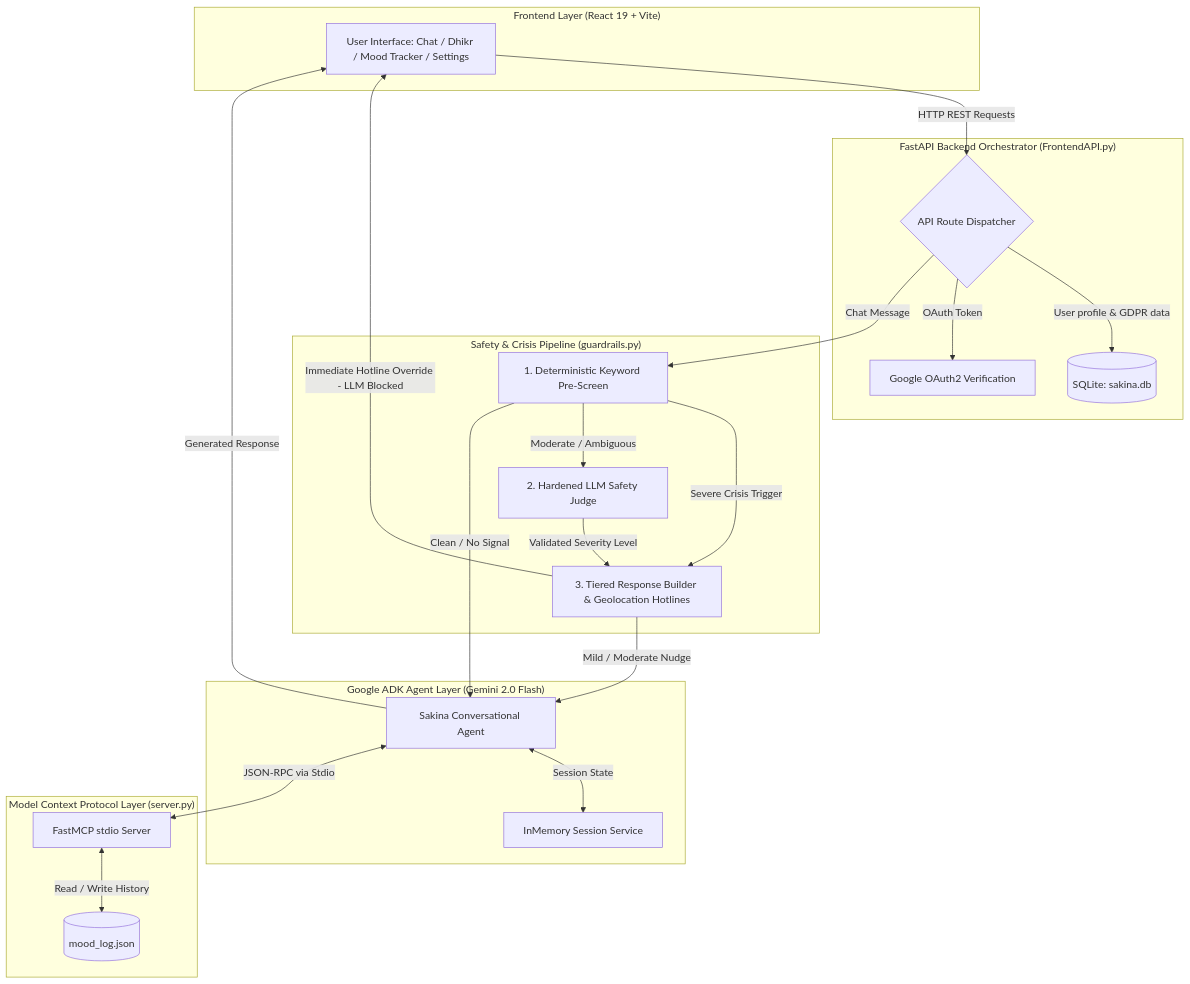
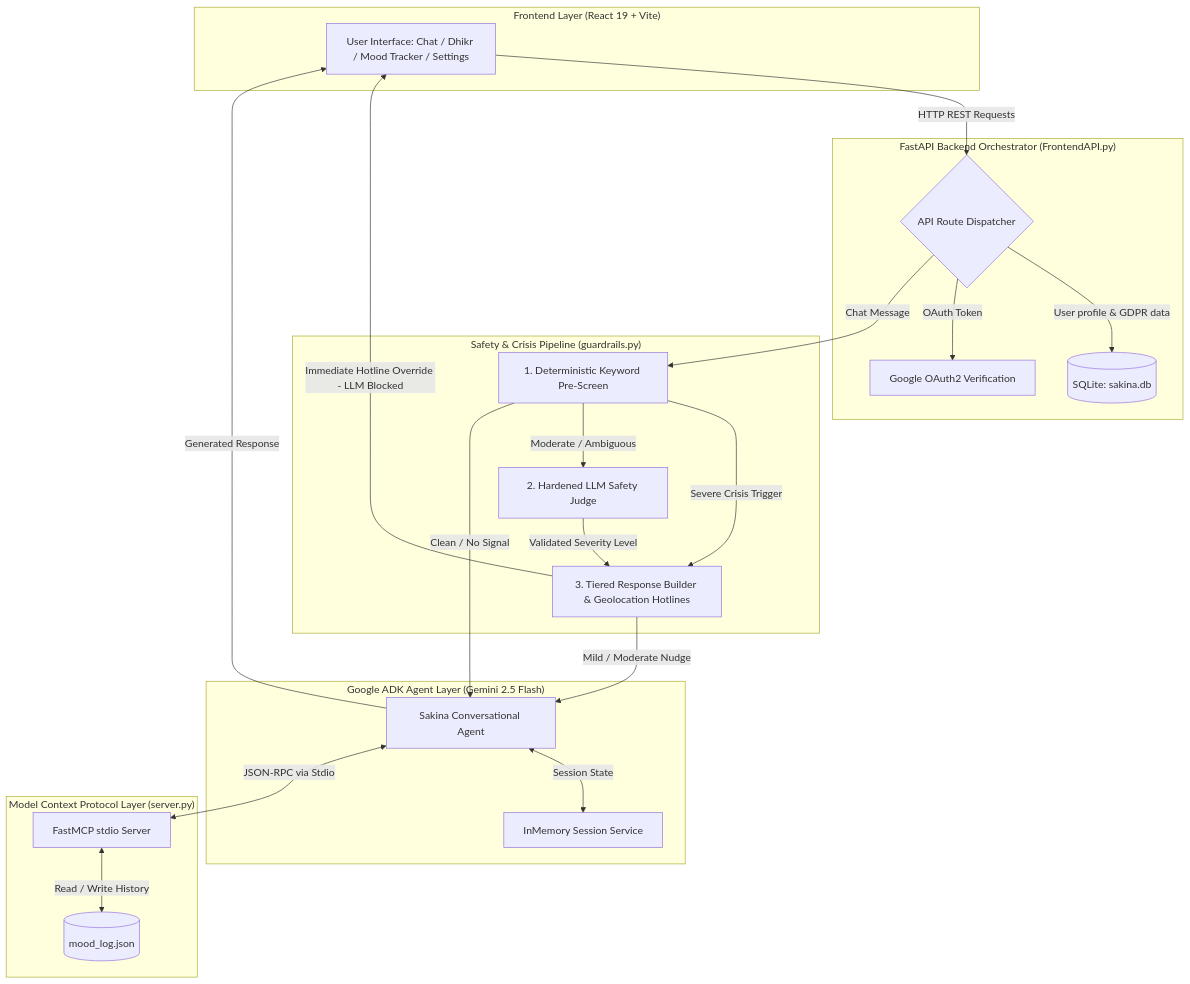
One commit to Rida-Tariq26/-SAKINA-----TRANQUILITY changed the first of 2 diagrams in README.md. Above: the diagram before and after it, drawn with Mermaid. The commit also changed other lines of this file and 13 other files, not shown here.

````diff
--- a/README.md
+++ b/README.md
@@ -90,47 +90,47 @@
 ```mermaid
 flowchart TD
     subgraph Client["Frontend Layer (React 19 + Vite)"]
         UI[User Interface: Chat / Dhikr / Mood Tracker / Settings]
     end
 
     subgraph API["FastAPI Backend Orchestrator (FrontendAPI.py)"]
         Router{API Route Dispatcher}
         DB[(SQLite: sakina.db)]
         OAuth[Google OAuth2 Verification]
     end
 
     subgraph Guardrail["Safety & Crisis Pipeline (guardrails.py)"]
         KW[1. Deterministic Keyword Pre-Screen]
         Judge[2. Hardened LLM Safety Judge]
         TierGen[3. Tiered Response Builder & Geolocation Hotlines]
     end
 
-    subgraph ADK["Google ADK Agent Layer (Gemini 2.0 Flash)"]
+    subgraph ADK["Google ADK Agent Layer (Gemini 2.5 Flash)"]
         Agent[Sakina Conversational Agent]
         SessionMgr[InMemory Session Service]
     end
 
     subgraph MCP["Model Context Protocol Layer (server.py)"]
         MCPServer[FastMCP stdio Server]
         MoodFile[(mood_log.json)]
     end
 
     UI -->|HTTP REST Requests| Router
     Router -->|User profile & GDPR data| DB
     Router -->|OAuth Token| OAuth
 
     Router -->|Chat Message| KW
     KW -->|Severe Crisis Trigger| TierGen
     TierGen -->|Immediate Hotline Override - LLM Blocked| UI
 
     KW -->|Moderate / Ambiguous| Judge
     Judge -->|Validated Severity Level| TierGen
     TierGen -->|Mild / Moderate Nudge| Agent
 
     KW -->|Clean / No Signal| Agent
     Agent <-->|Session State| SessionMgr
     Agent <-->|JSON-RPC via Stdio| MCPServer
     MCPServer <-->|Read / Write History| MoodFile
 
     Agent -->|Generated Response| UI
 ```
````
